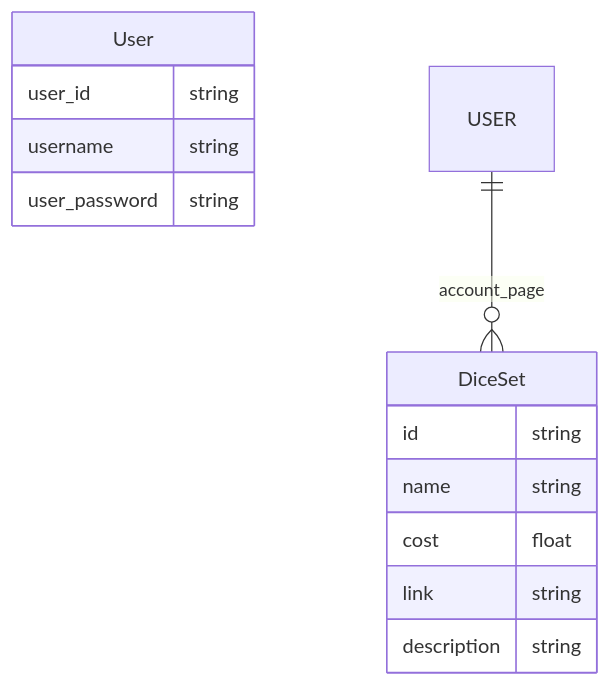
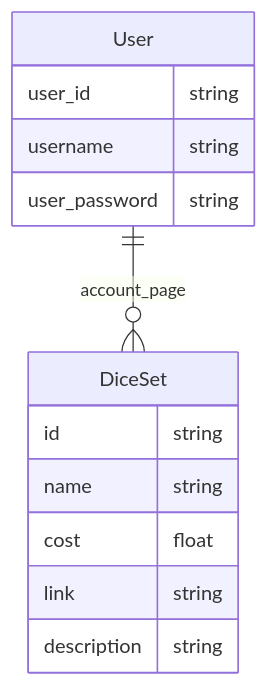
The diagram in README.md (Auryx/Project4_Frontend), drawn with Mermaid before and after one commit.

````diff
--- a/README.md
+++ b/README.md
@@ -25,17 +25,17 @@
 ``` mermaid
 erDiagram
     User {
         user_id string
         username string
         user_password string 
     }
-    USER ||--o{ DiceSet : account_page
+    User ||--o{ DiceSet : account_page
     DiceSet {
         id string 
         name string
         cost float
         link string
         description string
     }
 
 ```
````
